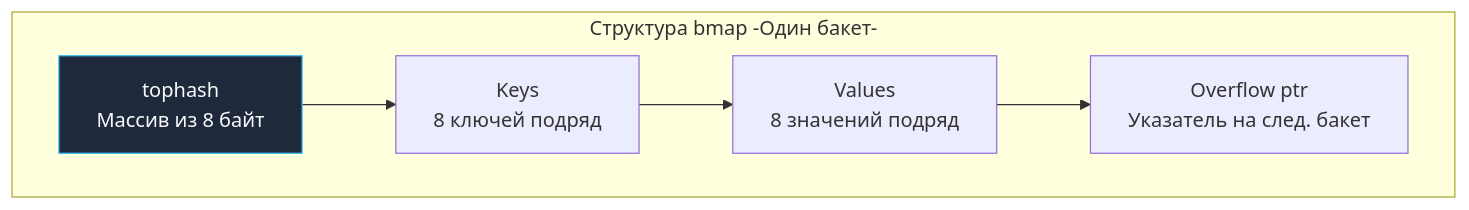
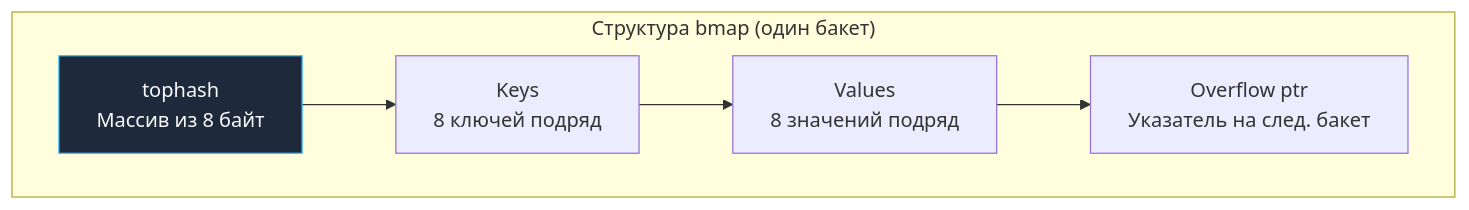
The second of 2 diagrams in sources/5. Учебник по Go (Основы и синтаксис)/19. Map под капотом. hmap, buckets и рост.md (UnrealTemplier/go-textbook-ru), drawn with Mermaid before and after one commit. The commit also changed other lines of this file and 43 other files, not shown here.

````diff
--- a/sources/5. Учебник по Go (Основы и синтаксис)/19. Map под капотом. hmap, buckets и рост.md
+++ b/sources/5. Учебник по Go (Основы и синтаксис)/19. Map под капотом. hmap, buckets и рост.md
@@ -72,19 +74,19 @@
 ```mermaid
 flowchart LR
     classDef process  fill:#1e293b,stroke:#38bdf8,stroke-width:1px,color:#f8fafc
     classDef success  fill:#064e3b,stroke:#34d399,stroke-width:1px,color:#f8fafc
     classDef error    fill:#7f1d1d,stroke:#f87171,stroke-width:1px,color:#f8fafc
     classDef warning  fill:#78350f,stroke:#fbbf24,stroke-width:1px,color:#f8fafc
     classDef entry    fill:#1e3a5f,stroke:#38bdf8,stroke-width:2px,color:#f8fafc
     classDef aux      fill:#334155,stroke:#64748b,stroke-width:1px,color:#f8fafc
     classDef system   fill:#312e81,stroke:#a78bfa,stroke-width:1px,color:#f8fafc
     classDef data     fill:#132d29,stroke:#2dd4bf,stroke-width:1px,color:#f8fafc
     classDef network  fill:#881337,stroke:#fb7185,stroke-width:1px,color:#f8fafc
     classDef accent   fill:#1e1b4b,stroke:#818cf8,stroke-width:1px,color:#f8fafc
-    subgraph BMAP["Структура bmap -Один бакет-"]
+    subgraph BMAP["Структура bmap (один бакет)"]
         direction LR
         T["tophash<br>Массив из 8 байт"]:::process --> K["Keys<br>8 ключей подряд"]
         K --> V["Values<br>8 значений подряд"]
         V --> O["Overflow ptr<br>Указатель на след. бакет"]
     end
 ```
````
